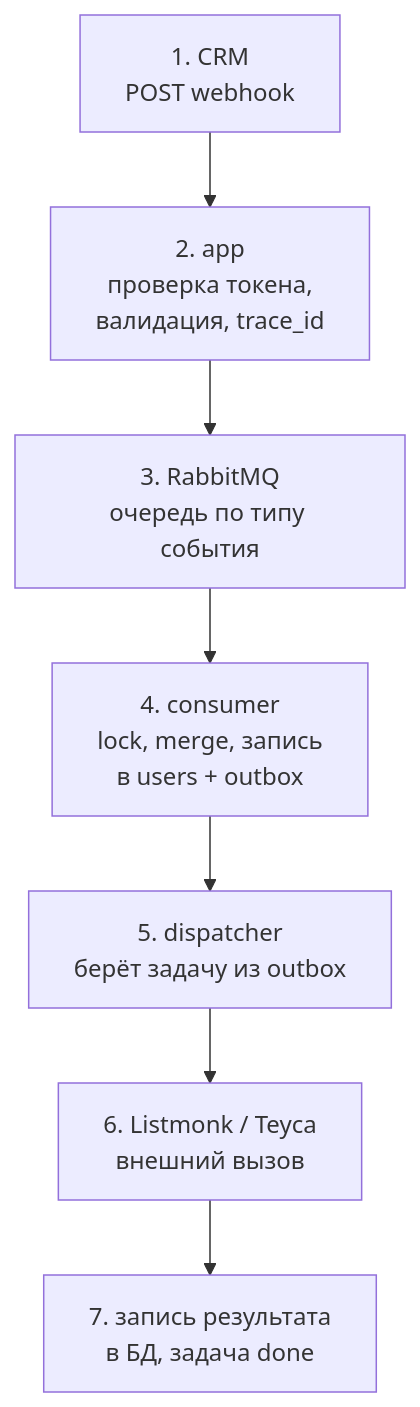
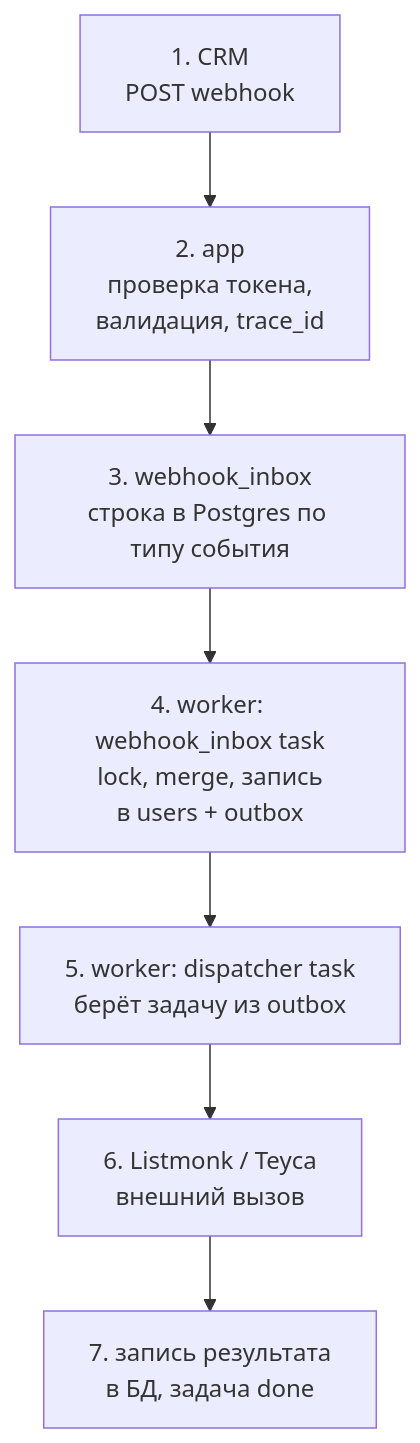
Before and after one commit to Nikita-Silent/teyca-sync: the fourth of 11 diagrams in docs/current-runtime-flow.md, drawn with Mermaid. The commit also changed other lines of this file and 11 other files, not shown here.

````diff
--- a/docs/current-runtime-flow.md
+++ b/docs/current-runtime-flow.md
@@ -140,9 +173,9 @@
 ```mermaid
 flowchart TB
     A["1. CRM<br/>POST webhook"] --> B["2. app<br/>проверка токена,<br/>валидация, trace_id"]
-    B --> C["3. RabbitMQ<br/>очередь по типу события"]
-    C --> D["4. consumer<br/>lock, merge, запись<br/>в users + outbox"]
-    D --> E["5. dispatcher<br/>берёт задачу из outbox"]
+    B --> C["3. webhook_inbox<br/>строка в Postgres по типу события"]
+    C --> D["4. worker: webhook_inbox task<br/>lock, merge, запись<br/>в users + outbox"]
+    D --> E["5. worker: dispatcher task<br/>берёт задачу из outbox"]
     E --> F["6. Listmonk / Teyca<br/>внешний вызов"]
     F --> G["7. запись результата<br/>в БД, задача done"]
 ```
````
